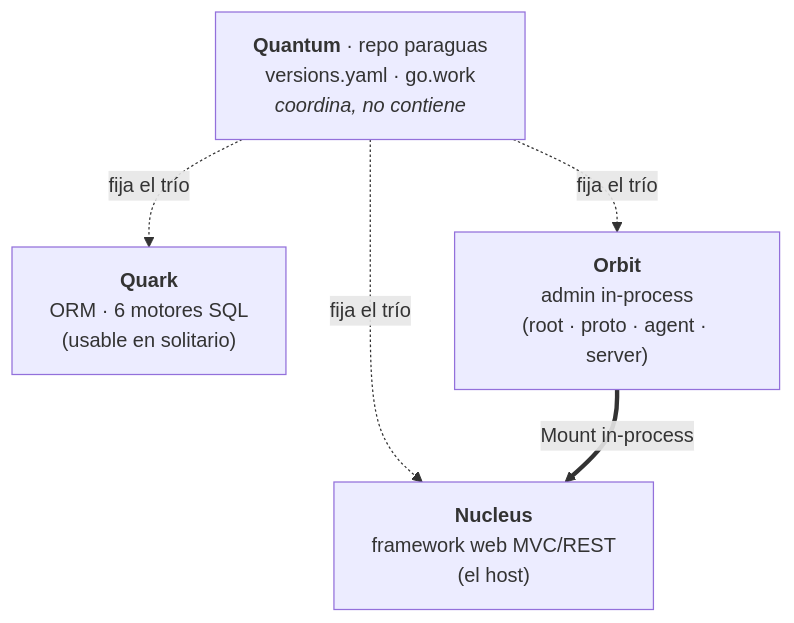
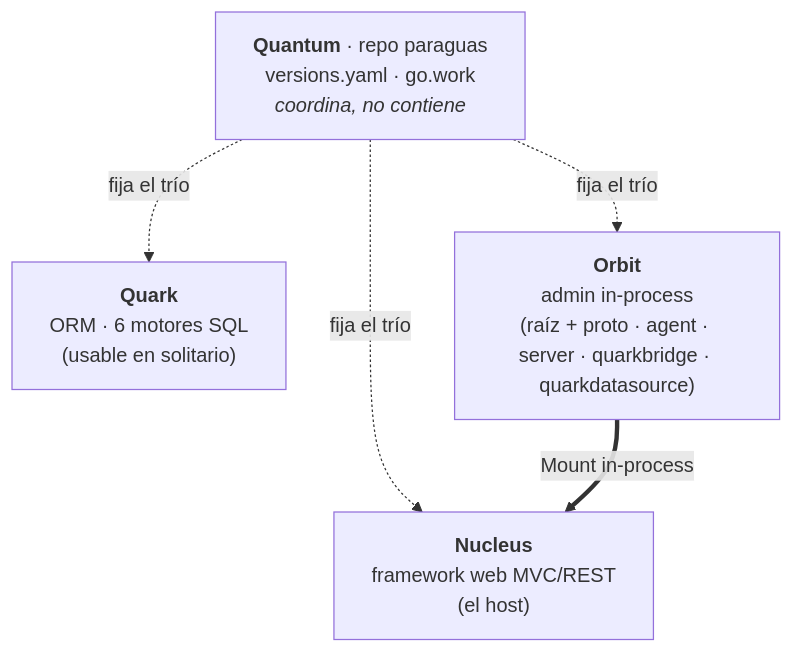
One commit to jcsvwinston/quantum changed the diagram in README.md. Above: the diagram before and after it, drawn with Mermaid. The commit also changed other lines of this file and 4 other files, not shown here.

````diff
--- a/README.md
+++ b/README.md
@@ -60,8 +58,8 @@
 ```mermaid
 flowchart TD
     Q0["<b>Quantum</b> · repo paraguas<br/>versions.yaml · go.work<br/><i>coordina, no contiene</i>"]
     Q0 -. fija el trío .-> NU["<b>Nucleus</b><br/>framework web MVC/REST<br/>(el host)"]
     Q0 -. fija el trío .-> QU["<b>Quark</b><br/>ORM · 6 motores SQL<br/>(usable en solitario)"]
-    Q0 -. fija el trío .-> OR["<b>Orbit</b><br/>admin in-process<br/>(root · proto · agent · server)"]
+    Q0 -. fija el trío .-> OR["<b>Orbit</b><br/>admin in-process<br/>(raíz + proto · agent · server · quarkbridge · quarkdatasource)"]
     OR ==>|Mount in-process| NU
 ```
````
